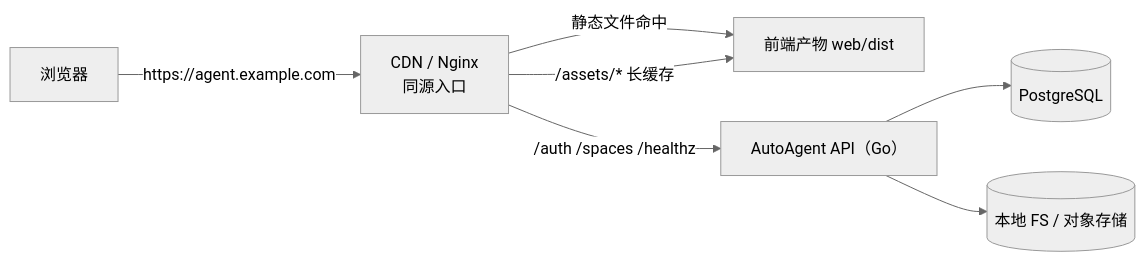
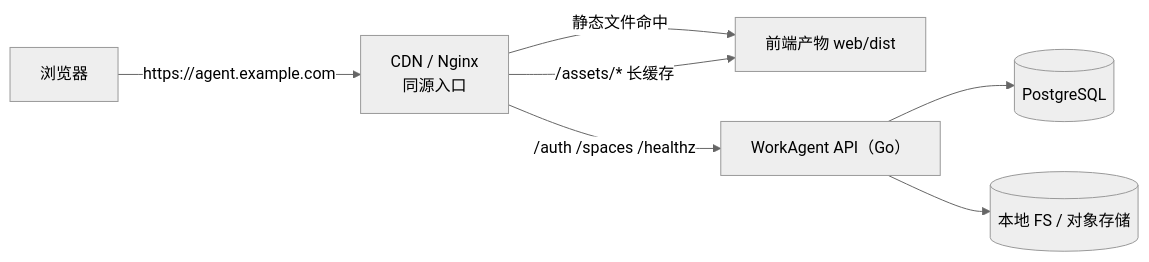
One commit to wenshin/workagent changed the tenth of 10 diagrams in docs/技术方案.md. Above: the diagram before and after it, drawn with Mermaid (neutral theme). The commit also changed other lines of this file and 7 other files, not shown here.

First line of the commit message:
chore: 产品名由 AutoAgent 改为 WorkAgent

````diff
--- a/docs/技术方案.md
+++ b/docs/技术方案.md
@@ -1004,9 +1004,9 @@
 ```mermaid
 flowchart LR
     B["浏览器"] -->|"https://agent.example.com"| E["CDN / Nginx<br/>同源入口"]
     E -->|"静态文件命中"| S["前端产物 web/dist"]
-    E -->|"/auth /spaces /healthz"| A["AutoAgent API（Go）"]
+    E -->|"/auth /spaces /healthz"| A["WorkAgent API（Go）"]
     E -->|"/assets/* 长缓存"| S
     A --> PG[(PostgreSQL)]
     A --> FS[(本地 FS / 对象存储)]
 ```
````
